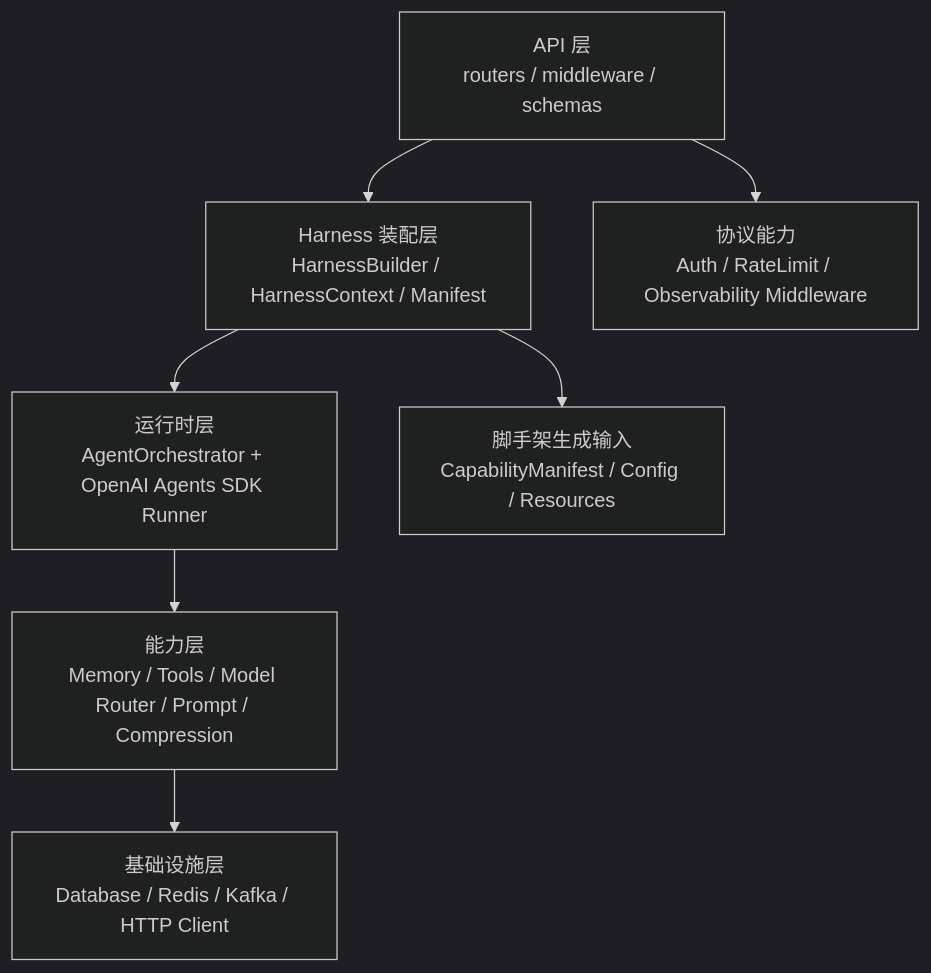
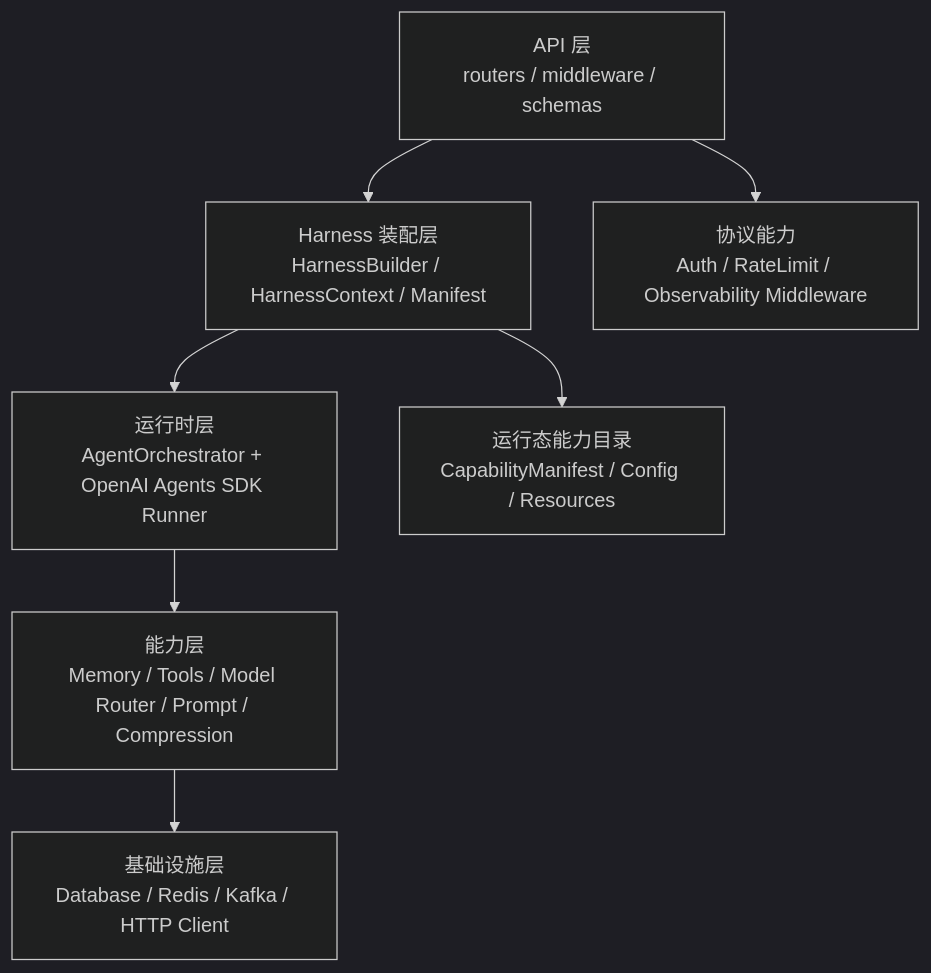
The first of 2 diagrams in README.md (rnb-tron/openai-agents-harness), drawn with Mermaid (dark theme) before and after one commit. The commit also changed other lines of this file and 62 other files, not shown here.

````diff
--- a/README.md
+++ b/README.md
@@ -24,9 +28,9 @@
 ```mermaid
 flowchart TD
     A["API 层<br/>routers / middleware / schemas"] --> B["Harness 装配层<br/>HarnessBuilder / HarnessContext / Manifest"]
     B --> C["运行时层<br/>AgentOrchestrator + OpenAI Agents SDK Runner"]
     C --> D["能力层<br/>Memory / Tools / Model Router / Prompt / Compression"]
     A --> E["协议能力<br/>Auth / RateLimit / Observability Middleware"]
     D --> F["基础设施层<br/>Database / Redis / Kafka / HTTP Client"]
-    B --> G["脚手架生成输入<br/>CapabilityManifest / Config / Resources"]
+    B --> G["运行态能力目录<br/>CapabilityManifest / Config / Resources"]
 ```
````
